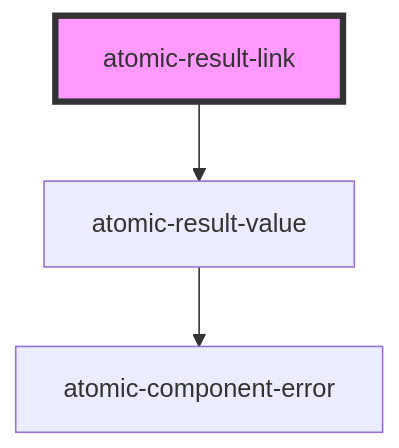
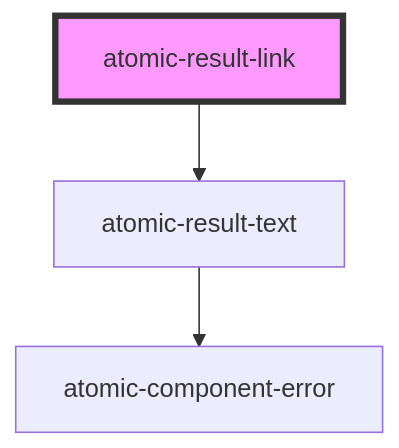
Before and after one commit to coveo/ui-kit: the diagram in packages/atomic/src/components/result-template-components/atomic-result-link/readme.md, drawn with Mermaid. The commit also changed other lines of this file and 22 other files, not shown here.

First line of the commit message:
feat(atomic): add formats to result value (#570)

````diff
--- a/packages/atomic/src/components/result-template-components/atomic-result-link/readme.md
+++ b/packages/atomic/src/components/result-template-components/atomic-result-link/readme.md
@@ -22,6 +22,6 @@
 ```mermaid
 graph TD;
-  atomic-result-link --> atomic-result-value
-  atomic-result-value --> atomic-component-error
+  atomic-result-link --> atomic-result-text
+  atomic-result-text --> atomic-component-error
   style atomic-result-link fill:#f9f,stroke:#333,stroke-width:4px
 ```
````
